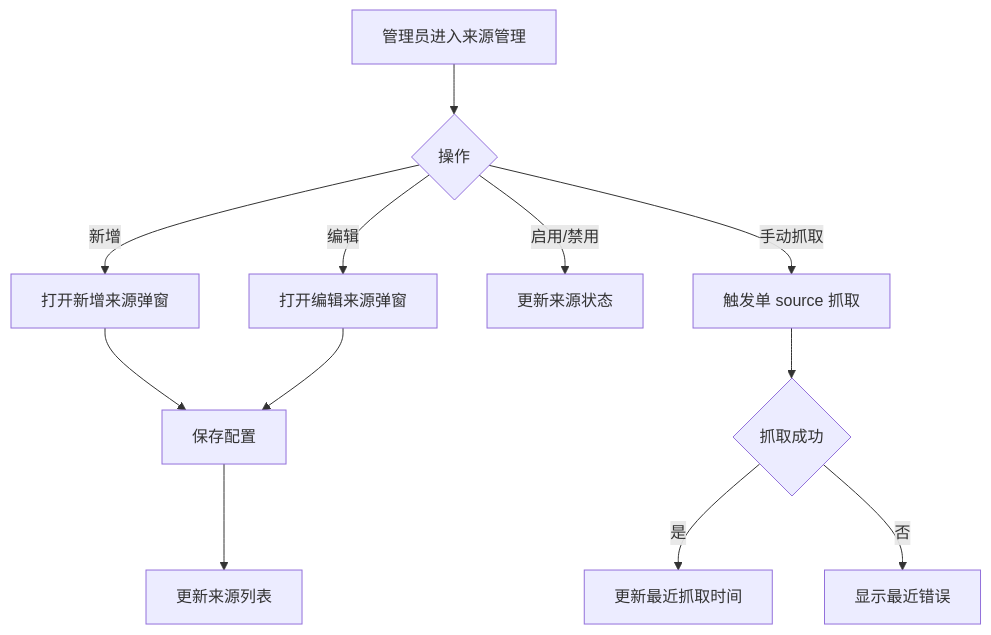
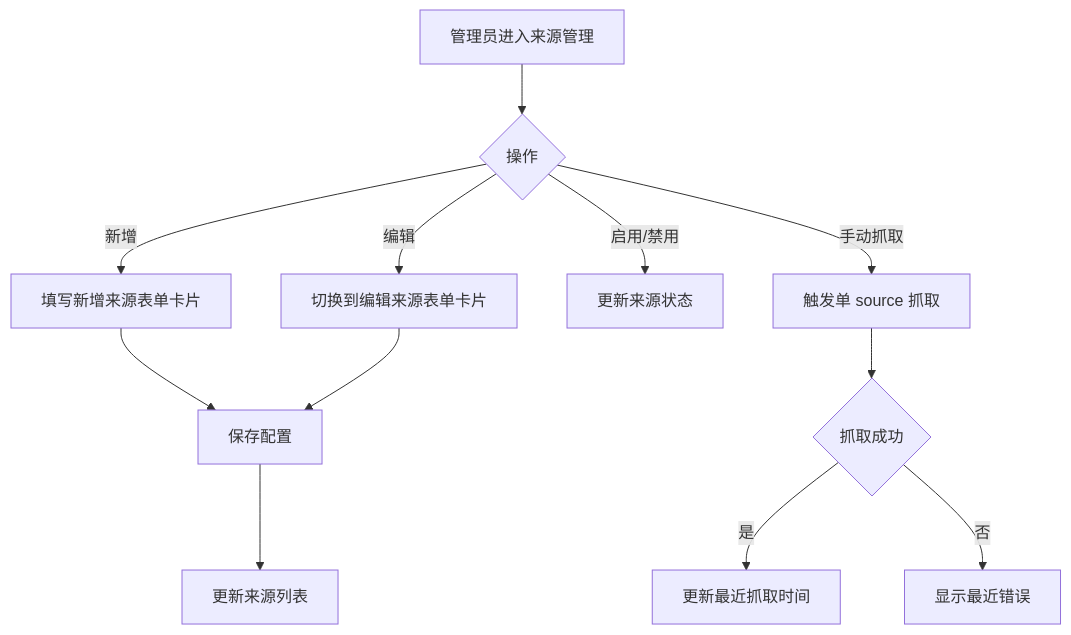
One commit to ZJM189/Daily_News changed the seventh of 10 diagrams in docs/product/page-flow.md. Above: the diagram before and after it, drawn with Mermaid. The commit also changed other lines of this file and 26 other files, not shown here.

````diff
--- a/docs/product/page-flow.md
+++ b/docs/product/page-flow.md
@@ -128,14 +128,14 @@
 ```mermaid
 flowchart TD
     A[管理员进入来源管理] --> B{操作}
-    B -- 新增 --> C[打开新增来源弹窗]
-    B -- 编辑 --> D[打开编辑来源弹窗]
+    B -- 新增 --> C[填写新增来源表单卡片]
+    B -- 编辑 --> D[切换到编辑来源表单卡片]
     B -- 启用/禁用 --> E[更新来源状态]
     B -- 手动抓取 --> F[触发单 source 抓取]
     C --> G[保存配置]
     D --> G
     G --> H[更新来源列表]
     F --> I{抓取成功}
     I -- 是 --> J[更新最近抓取时间]
     I -- 否 --> K[显示最近错误]
 ```
````
